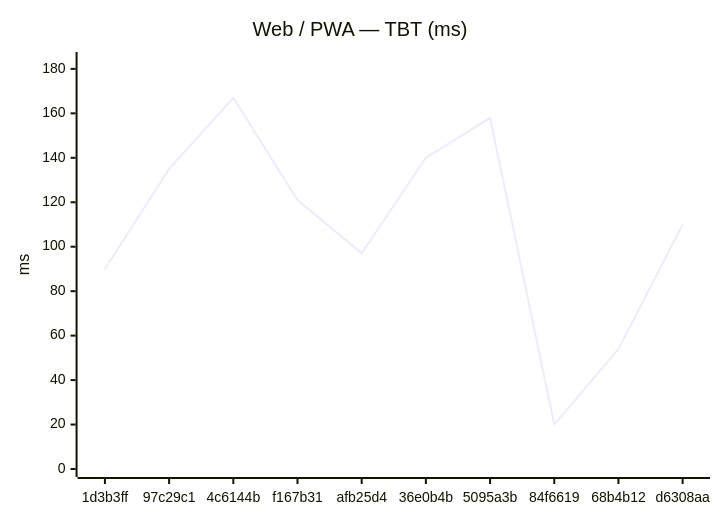
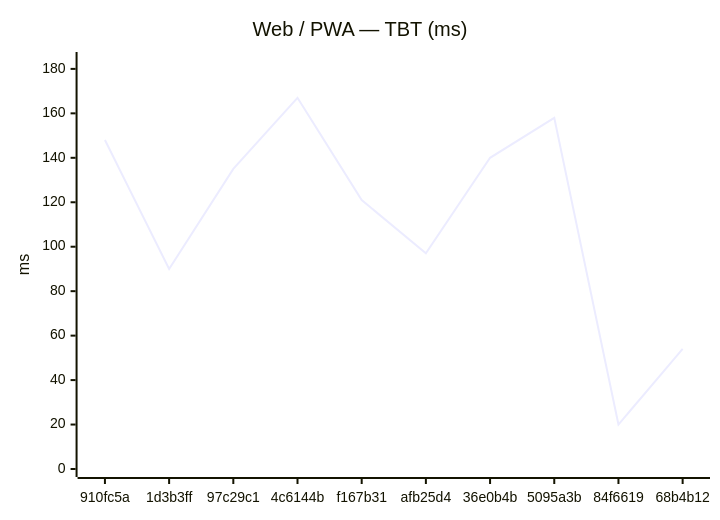
Before and after one commit to Metaheurist/Rianell: the second of 18 diagrams in benchmarks/compare.md, drawn with Mermaid. The commit also changed other lines of this file and 11 other files, not shown here.

````diff
--- a/benchmarks/compare.md
+++ b/benchmarks/compare.md
@@ -31,7 +31,7 @@
 ```mermaid
 xychart-beta
     title "Web / PWA — TBT (ms)"
-    x-axis ["1d3b3ff", "97c29c1", "4c6144b", "f167b31", "afb25d4", "36e0b4b", "5095a3b", "84f6619", "68b4b12", "d6308aa"]
+    x-axis ["910fc5a", "1d3b3ff", "97c29c1", "4c6144b", "f167b31", "afb25d4", "36e0b4b", "5095a3b", "84f6619", "68b4b12"]
     y-axis "ms" 0 --> 184
-    line [90, 135, 167, 121, 97, 140, 158, 20, 54, 110]
+    line [148, 90, 135, 167, 121, 97, 140, 158, 20, 54]
 ```
````
